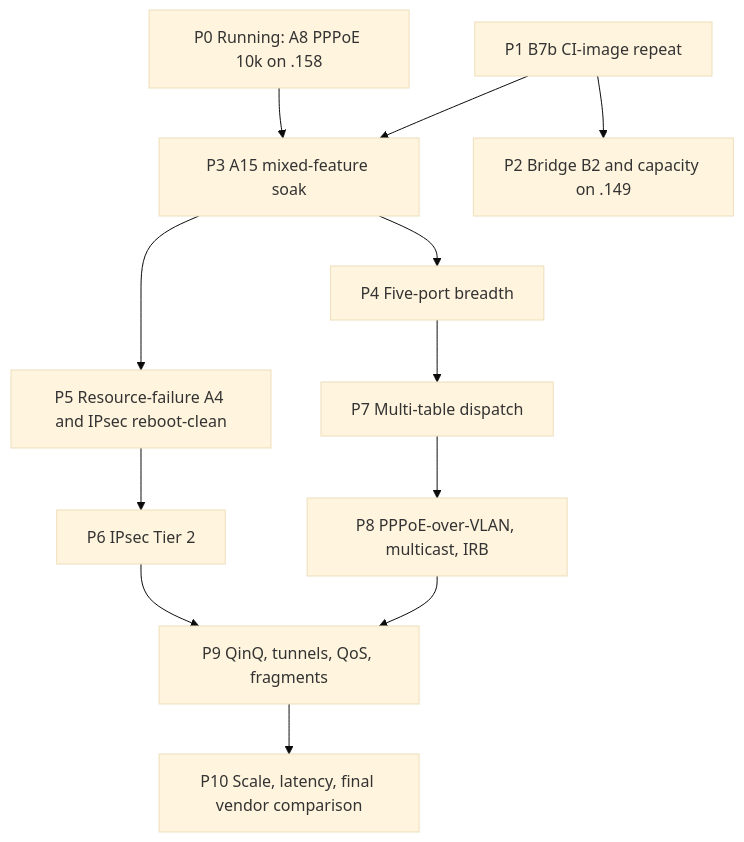
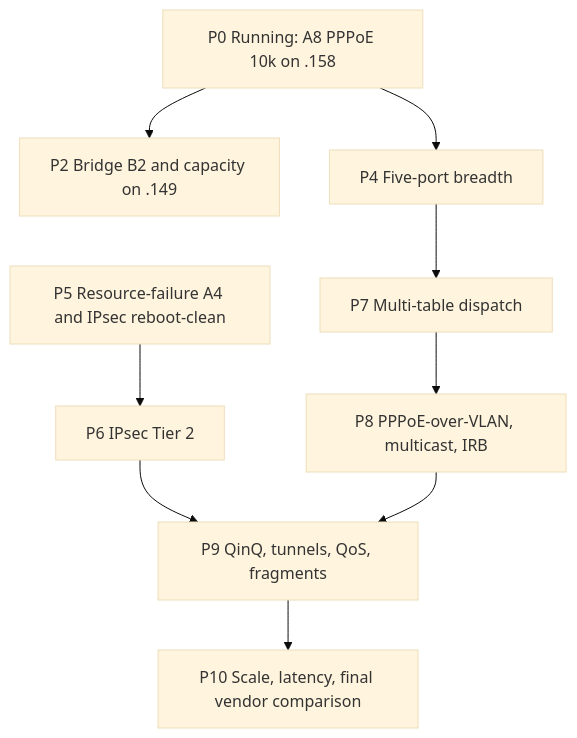
One commit to mihakralj/vyos-ls1046a-build changed the diagram in plans/ASK2-PRIORITIZED-TASKS.md. Above: the diagram before and after it, drawn with Mermaid (base theme). The commit also changed other lines of this file and 2 other files, not shown here.

Commit message:
P4 eth3/eth4 port-loop harness; record IPsec Tier 1 reboot-clean, CPS, CLI-cycle results; prune plan

````diff
--- a/plans/ASK2-PRIORITIZED-TASKS.md
+++ b/plans/ASK2-PRIORITIZED-TASKS.md
@@ -27,14 +28,12 @@
 ```mermaid
 flowchart TD
-    P0[P0 Running: A8 PPPoE 10k on .158] --> P3
-    P1[P1 B7b CI-image repeat] --> P2[P2 Bridge B2 and capacity on .149]
-    P1 --> P3[P3 A15 mixed-feature soak]
-    P3 --> P4[P4 Five-port breadth]
-    P3 --> P5[P5 Resource-failure A4 and IPsec reboot-clean]
+    P0[P0 Running: A8 PPPoE 10k on .158] --> P2[P2 Bridge B2 and capacity on .149]
+    P0 --> P4[P4 Five-port breadth]
+    P5[P5 Resource-failure A4 and IPsec reboot-clean]
     P5 --> P6[P6 IPsec Tier 2]
     P4 --> P7[P7 Multi-table dispatch]
     P7 --> P8[P8 PPPoE-over-VLAN, multicast, IRB]
     P6 --> P9[P9 QinQ, tunnels, QoS, fragments]
     P8 --> P9
     P9 --> P10[P10 Scale, latency, final vendor comparison]
 ```
````
